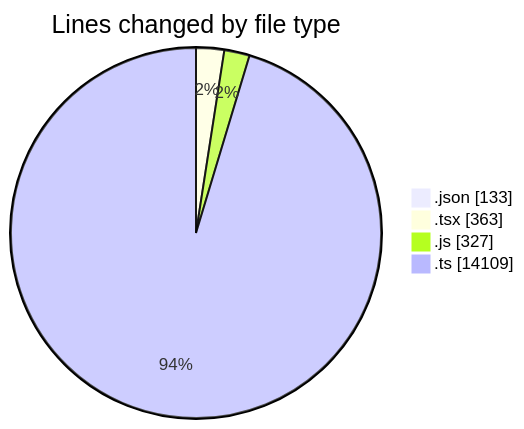
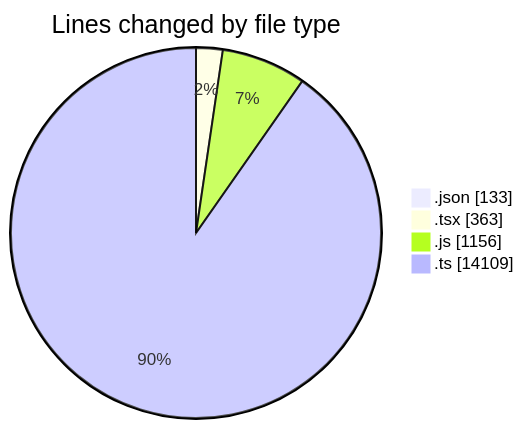
The first of 2 diagrams in 2026-01-14/cda/README.md (momahboobian/code-tracking), drawn with Mermaid before and after one commit. The commit also changed other lines of this file and 1 other file, not shown here.

````diff
--- a/2026-01-14/cda/README.md
+++ b/2026-01-14/cda/README.md
@@ -29,8 +30,8 @@
 ```mermaid
 pie showData
 title Lines changed by file type
 ".json" : 133
 ".tsx" : 363
-".js" : 327
+".js" : 1156
 ".ts" : 14109
 ```
````
